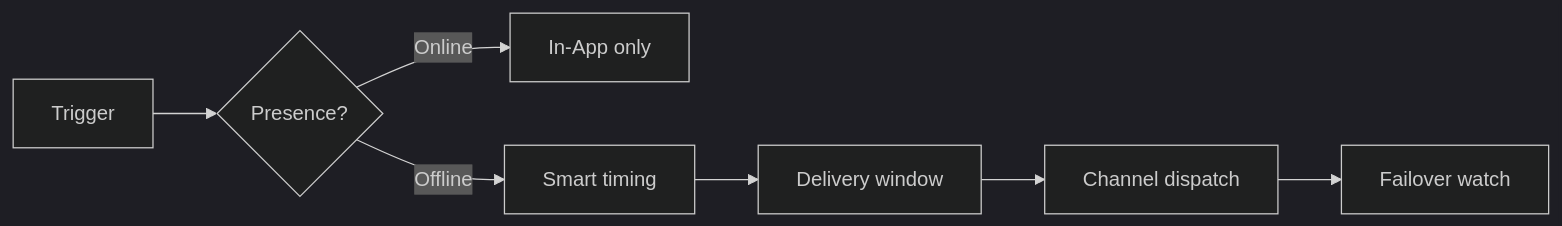
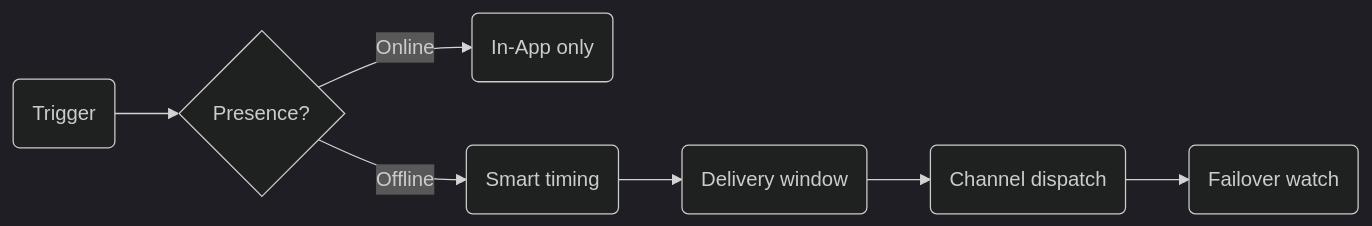
The diagram in content/docs/en/platform/features/index.mdx (KriyanshKhunt/nexus_docs), drawn with Mermaid (dark theme) before and after one commit. The commit also changed 25 other files, not shown here.

Commit message:
Handle en Mermaid charts

````diff
--- a/content/docs/en/platform/features/index.mdx
+++ b/content/docs/en/platform/features/index.mdx
@@ -66,9 +66,9 @@
 ```mermaid
 flowchart LR
-  T[Trigger] --> P{Presence?}
-  P -->|Online| I[In-App only]
-  P -->|Offline| S[Smart timing]
-  S --> W[Delivery window]
-  W --> C[Channel dispatch]
-  C --> F[Failover watch]
+  T(Trigger) --> P{Presence?}
+  P -->|Online| I(In-App only)
+  P -->|Offline| S(Smart timing)
+  S --> W(Delivery window)
+  W --> C(Channel dispatch)
+  C --> F(Failover watch)
 ```
````
